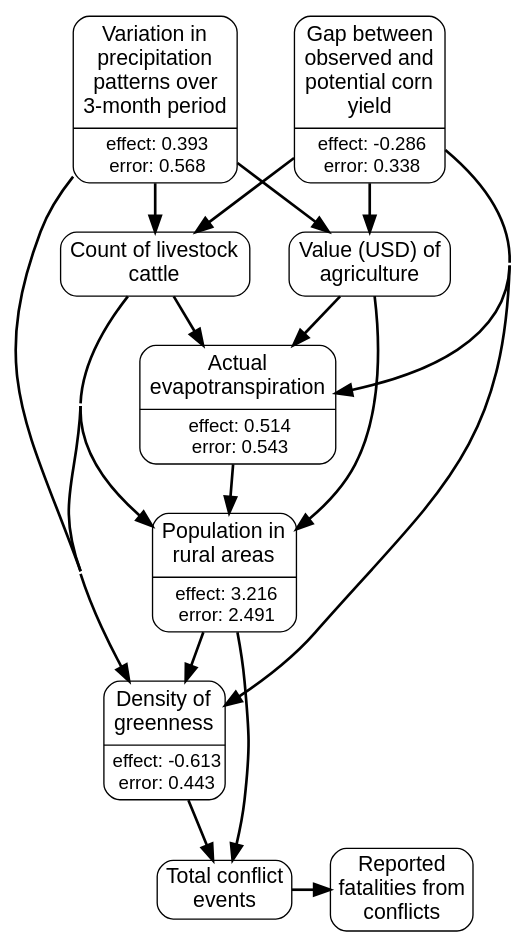
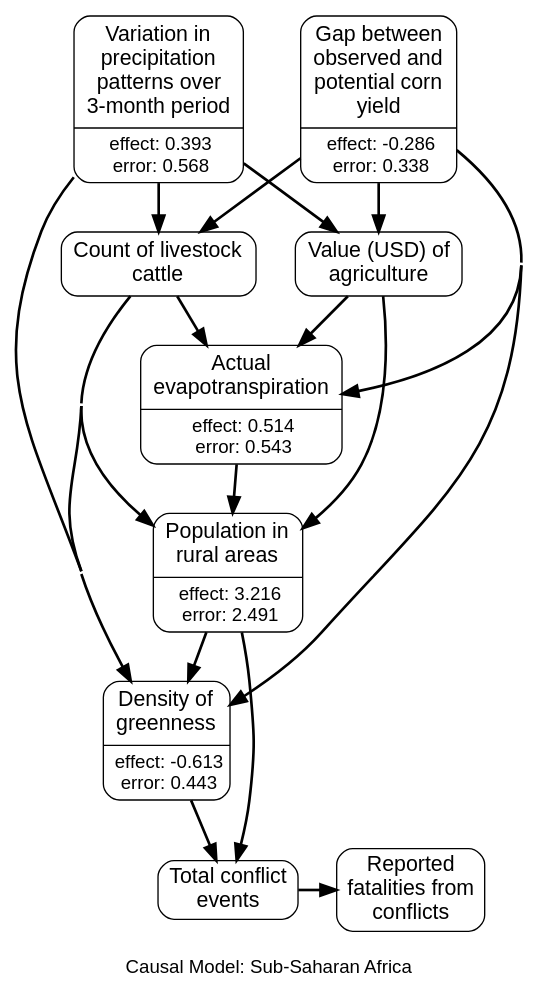
One commit to wri/wri-wpsi changed the diagram in app/javascript/images/regions/causal_graphs/sub-saharan_africa.gv. Above: the diagram before and after it, drawn with Graphviz. The commit also changed 16 other files, not shown here.

```diff
--- a/app/javascript/images/regions/causal_graphs/sub-saharan_africa.gv
+++ b/app/javascript/images/regions/causal_graphs/sub-saharan_africa.gv
@@ -1,71 +1,75 @@
 # generated file for region: sub-saharan_africa by CausalModelRegionGenerator
 strict digraph causalModel {
+fontname="Helvetica, Arial, sans-serif";
+label="
+Causal Model: Sub-Saharan Africa";
+labelloc = b;
 nodesep = 0.4;
 concentrate = true;
-node[shape = Mrecord, fontname = "Helvetica, Arial, sans-serif", margin = "0.07,0.05", penwidth = 1.0];
+node[shape = Mrecord, fontname = "Helvetica, Arial, sans-serif", margin = "0.10,0.06", penwidth = 1.0];
 edge[arrowsize = 1.2, penwidth = 2];
 
 # nodes
 et_actl_m_MAX_m [label = <{<table align="center" border="0" cellspacing="1" cellpadding="1">
 <tr><td><font point-size="16">Actual<br/>evapotranspiration<br/></font></td></tr>
 </table>
 |<table border="0" cellspacing="1" cellpadding="0.5"><tr><td><font point-size="14">effect: 0.514</font></td></tr>
 <tr><td><font point-size="14">error: 0.543</font></td></tr></table>}>, class = rankB];
 cattle_number_s [label = <<table align="center" border="0" cellspacing="1" cellpadding="1">
 <tr><td><font point-size="16">Count of livestock<br/>cattle<br/></font></td></tr>
 </table>
 >, class = rankB];
 spi_3_m [label = <{<table align="center" border="0" cellspacing="1" cellpadding="1">
 <tr><td><font point-size="16">Variation in<br/>precipitation<br/>patterns over<br/>3-month period<br/></font></td></tr>
 </table>
 |<table border="0" cellspacing="1" cellpadding="0.5"><tr><td><font point-size="14">effect: 0.393</font></td></tr>
 <tr><td><font point-size="14">error: 0.568</font></td></tr></table>}>, class = rankA];
 spam_V_agg_t_sum_s [label = <<table align="center" border="0" cellspacing="1" cellpadding="1">
 <tr><td><font point-size="16">Value (USD) of<br/>agriculture<br/></font></td></tr>
 </table>
 >, class = rankB];
 yield_gap_maize_s [label = <{<table align="center" border="0" cellspacing="1" cellpadding="1">
 <tr><td><font point-size="16">Gap between<br/>observed and<br/>potential corn<br/>yield<br/></font></td></tr>
 </table>
 |<table border="0" cellspacing="1" cellpadding="0.5"><tr><td><font point-size="14">effect: -0.286</font></td></tr>
 <tr><td><font point-size="14">error: 0.338</font></td></tr></table>}>, class = rankA];
 rurpop_s [label = <{<table align="center" border="0" cellspacing="1" cellpadding="1">
 <tr><td><font point-size="16">Population in<br/>rural areas<br/></font></td></tr>
 </table>
 |<table border="0" cellspacing="1" cellpadding="0.5"><tr><td><font point-size="14">effect: 3.216</font></td></tr>
 <tr><td><font point-size="14">error: 2.491</font></td></tr></table>}>, class = rankB];
 ndvi_act_min_m [label = <{<table align="center" border="0" cellspacing="1" cellpadding="1">
 <tr><td><font point-size="16">Density of<br/>greenness<br/></font></td></tr>
 </table>
 |<table border="0" cellspacing="1" cellpadding="0.5"><tr><td><font point-size="14">effect: -0.613</font></td></tr>
 <tr><td><font point-size="14">error: 0.443</font></td></tr></table>}>, class = rankB];
 acl_sum_evnt_m [label = "Total conflict
 events", class = rankC, shape=box, style=rounded, fontsize="16pt"];
 acl_sum_fatl_m [label = "Reported
 fatalities from
 conflicts", class = rankC, shape=box, style=rounded, fontsize="16pt"];
 
 #ranks
 {rank=same; spi_3_m yield_gap_maize_s; }
 {rank=same; acl_sum_evnt_m acl_sum_fatl_m; }
 
 # links
 et_actl_m_MAX_m -> rurpop_s;
 cattle_number_s -> et_actl_m_MAX_m;
 cattle_number_s -> rurpop_s;
 cattle_number_s -> ndvi_act_min_m;
 spi_3_m -> cattle_number_s;
 spi_3_m -> spam_V_agg_t_sum_s;
 spi_3_m -> ndvi_act_min_m;
 spam_V_agg_t_sum_s -> et_actl_m_MAX_m;
 spam_V_agg_t_sum_s -> rurpop_s;
 yield_gap_maize_s -> et_actl_m_MAX_m;
 yield_gap_maize_s -> cattle_number_s;
 yield_gap_maize_s -> spam_V_agg_t_sum_s;
 yield_gap_maize_s -> ndvi_act_min_m;
 rurpop_s -> ndvi_act_min_m;
 rurpop_s -> acl_sum_evnt_m;
 ndvi_act_min_m -> acl_sum_evnt_m;
 acl_sum_evnt_m -> acl_sum_fatl_m;
 
 }
```
